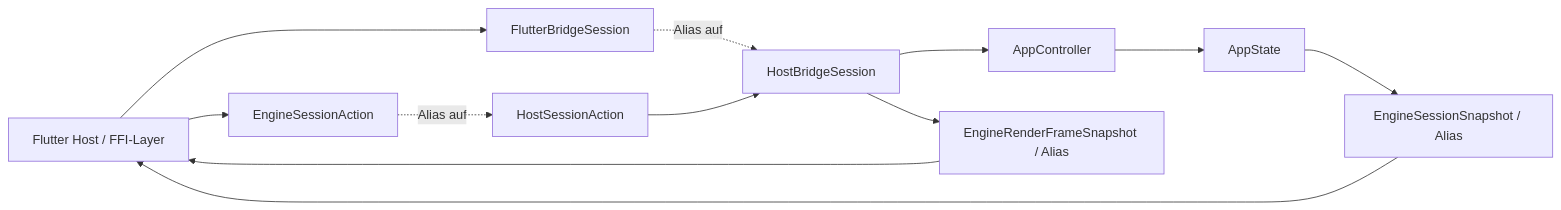
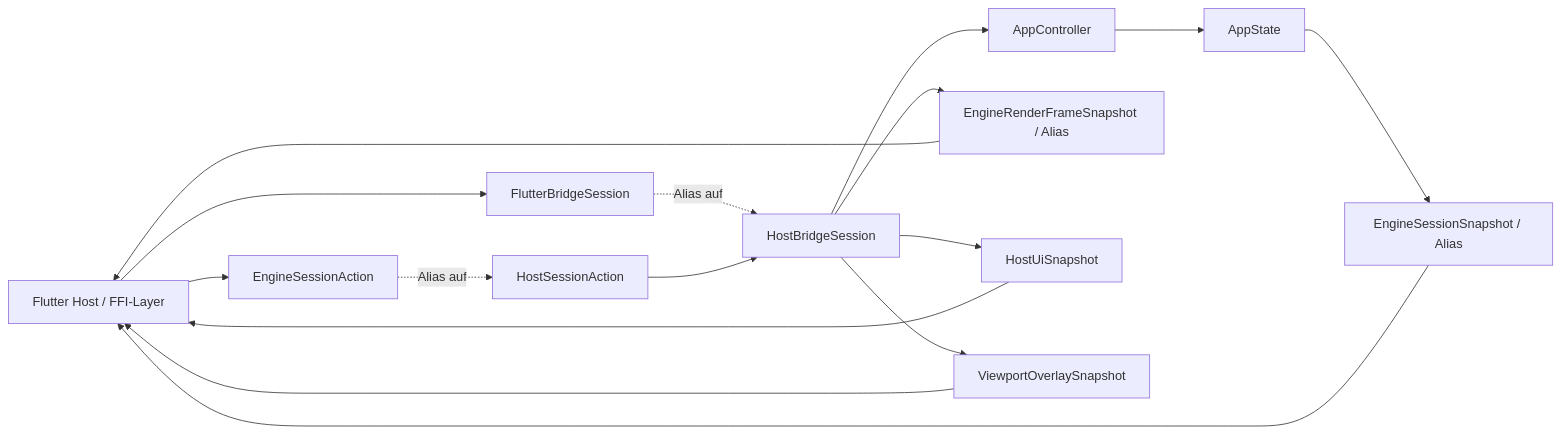
One commit to mro68/fs25_ad_editor changed the diagram in crates/fs25_auto_drive_frontend_flutter_bridge/API.md. Above: the diagram before and after it, drawn with Mermaid. The commit also changed other lines of this file and 11 other files, not shown here.

````diff
--- a/crates/fs25_auto_drive_frontend_flutter_bridge/API.md
+++ b/crates/fs25_auto_drive_frontend_flutter_bridge/API.md
@@ -84,14 +90,18 @@
 ```mermaid
 flowchart LR
     HOST[Flutter Host / FFI-Layer] --> ALIAS_SESSION[FlutterBridgeSession]
     HOST --> ALIAS_ACTION[EngineSessionAction]
     ALIAS_SESSION -. Alias auf .-> CANON_SESSION[HostBridgeSession]
     ALIAS_ACTION -. Alias auf .-> CANON_ACTION[HostSessionAction]
     CANON_ACTION --> CANON_SESSION
     CANON_SESSION --> CTRL[AppController]
     CTRL --> STATE[AppState]
     STATE --> SNAP[EngineSessionSnapshot / Alias]
     CANON_SESSION --> FRAME[EngineRenderFrameSnapshot / Alias]
+    CANON_SESSION --> HOSTUI[HostUiSnapshot]
+    CANON_SESSION --> OVERLAY[ViewportOverlaySnapshot]
     FRAME --> HOST
     SNAP --> HOST
+    HOSTUI --> HOST
+    OVERLAY --> HOST
 ```
````
